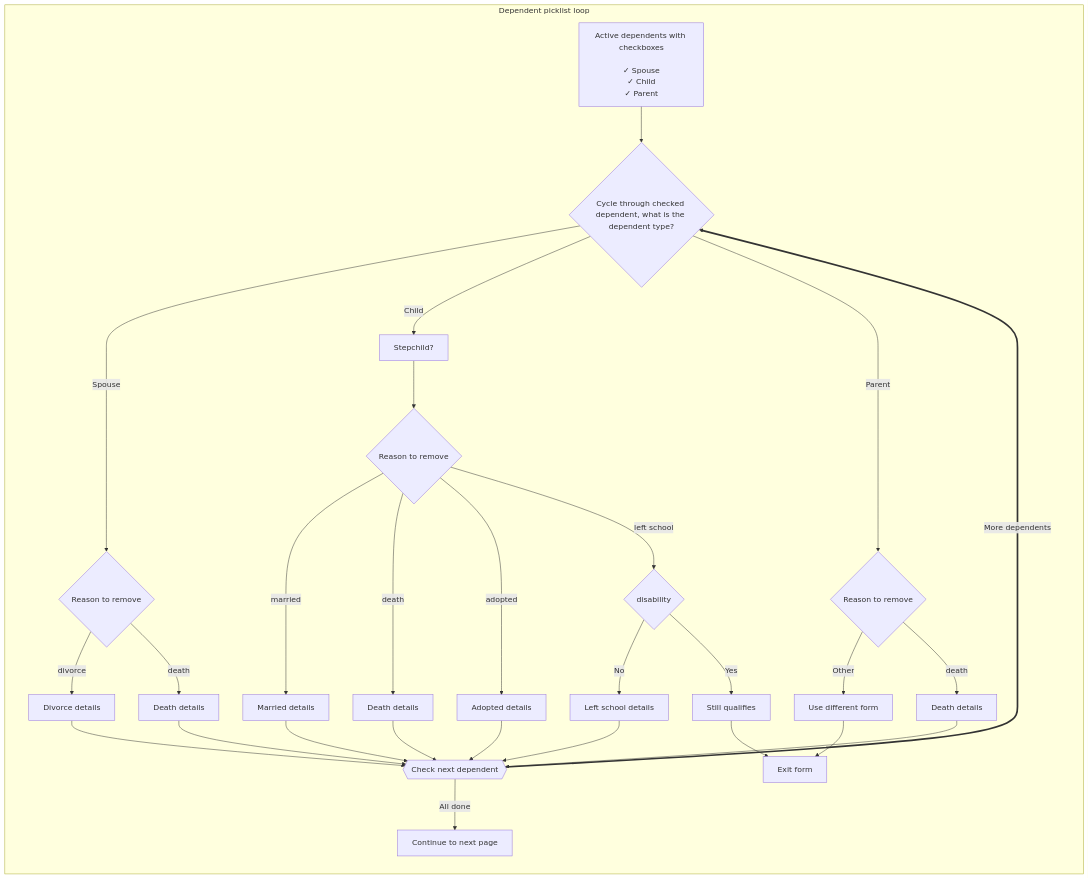
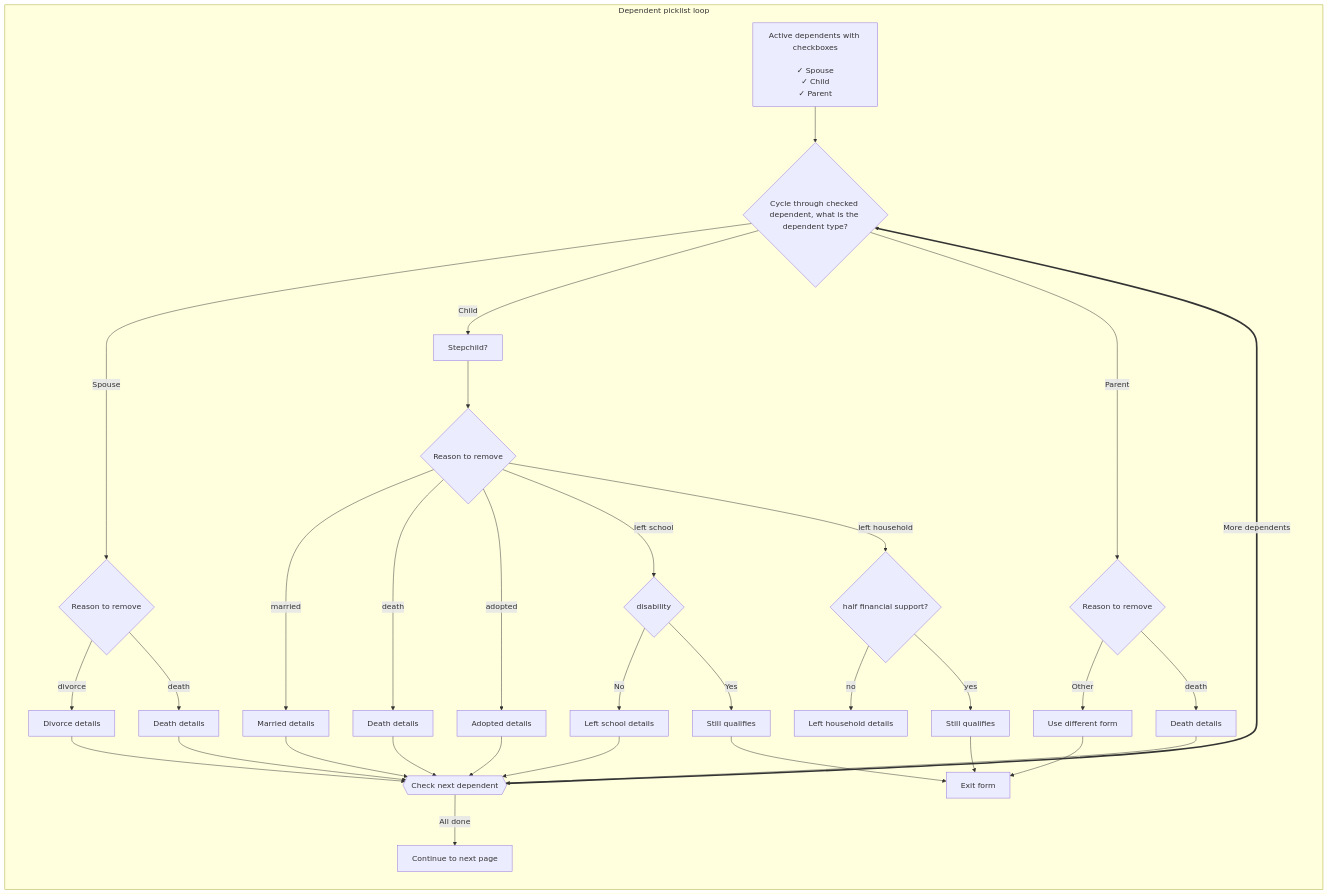
One commit to department-of-veterans-affairs/va.gov-team changed the diagram in products/dependents/picklist/flow.md. Above: the diagram before and after it, drawn with Mermaid.

Commit message:
Change flowchart direction from TB to TD
Add missing left household branch

````diff
--- a/products/dependents/picklist/flow.md
+++ b/products/dependents/picklist/flow.md
@@ -3,38 +3,43 @@
 ```mermaid
-flowchart TB
+flowchart TD
   Start[Active dependents with checkboxes<br><br>✓ Spouse<br>✓ Child<br>✓ Parent]
 
   subgraph DepLoop[Dependent picklist loop]
     direction TB
     DepType{Cycle through checked dependent, what is the dependent type?}
     Start --> DepType
     DepType -- "Spouse" --> SpouseQ0{Reason to remove}
     SpouseQ0 -- "divorce" --> SpouseQ1[Divorce details]
     SpouseQ1 --> NextDep
     SpouseQ0 -- "death" --> SpouseQ2[Death details]
     SpouseQ2 --> NextDep@{ shape: hex, label: "Check next dependent" }
 
     DepType -- "Child" --> ChildQ0[Stepchild?]
     ChildQ0 --> ChildQ1{Reason to remove}
     ChildQ2a -- "No" --> ChildQ2b[Left school details]
     ChildQ2b --> NextDep
     ChildQ1 -- "married" --> ChildQ3[Married details]
     ChildQ3 --> NextDep
     ChildQ1 -- "death" --> ChildQ4[Death details]
     ChildQ4 --> NextDep
     ChildQ1 -- "adopted" --> ChildQ5[Adopted details]
     ChildQ5 --> NextDep
     ChildQ1 -- "left school" --> ChildQ2a{disability}
     ChildQ2a -- "Yes" --> ChildQ2x[Still qualifies]
     ChildQ2x --> exit[Exit form]
+    ChildQ1 -- "left household" --> ChildQ7{half financial support?}
+    ChildQ7 -- "no" --> ChildQ7b[Left household details]
+    ChildQ7 -- "yes" --> ChildQ7x[Still qualifies]
+    ChildQ7x --> exit[Exit form]
+
 
     DepType -- "Parent" --> ParentQ0{Reason to remove}
     ParentQ0 -- "Other" --> ParentQx[Use different form]
     ParentQx --> exit
     ParentQ0 -- "death" --> ParentQ1[Death details]
     ParentQ1 --> NextDep
 
     NextDep == "More dependents" ==> DepType
     NextDep -- "All done" --> Done[Continue to next page]
   end
 ```
````
